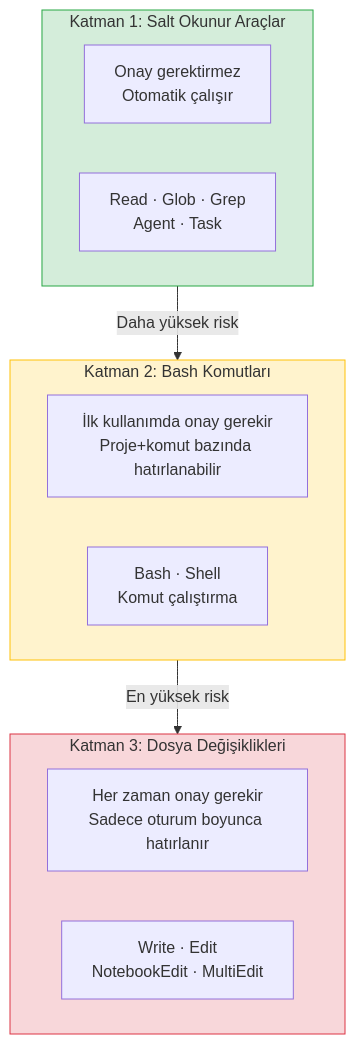
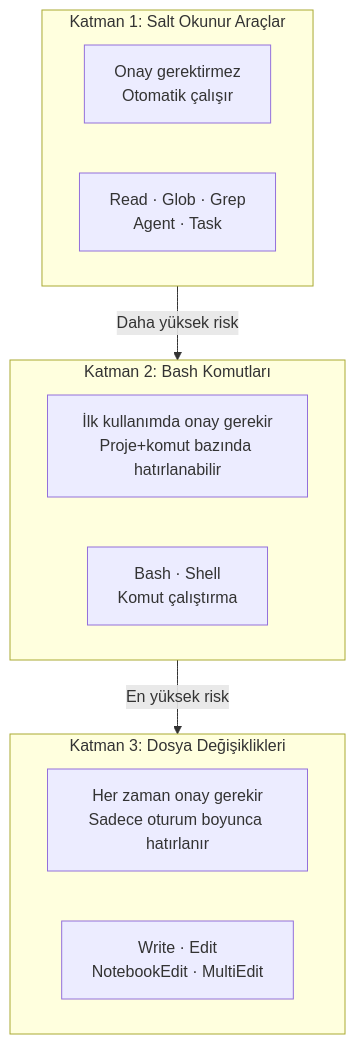
One commit to IzzetYasinAtes/ClaudeCodeHandbook changed the first of 2 diagrams in 10-izinler-ve-guvenlik/01-izin-sistemi.md. Above: the diagram before and after it, drawn with Mermaid. The commit also changed other lines of this file and 97 other files, not shown here.

Commit message:
Remove all custom Mermaid style/fill colors from 98 markdown files for consistent dark theme rendering

````diff
--- a/10-izinler-ve-guvenlik/01-izin-sistemi.md
+++ b/10-izinler-ve-guvenlik/01-izin-sistemi.md
@@ -18,27 +18,24 @@
 ```mermaid
 flowchart TB
     subgraph katman1 ["Katman 1: Salt Okunur Araçlar"]
         direction LR
         K1_DESC["Onay gerektirmez<br/>Otomatik çalışır"]
         K1_TOOLS["Read · Glob · Grep<br/>Agent · Task"]
     end
 
     subgraph katman2 ["Katman 2: Bash Komutları"]
         direction LR
         K2_DESC["İlk kullanımda onay gerekir<br/>Proje+komut bazında hatırlanabilir"]
         K2_TOOLS["Bash · Shell<br/>Komut çalıştırma"]
     end
 
     subgraph katman3 ["Katman 3: Dosya Değişiklikleri"]
         direction LR
         K3_DESC["Her zaman onay gerekir<br/>Sadece oturum boyunca hatırlanır"]
         K3_TOOLS["Write · Edit<br/>NotebookEdit · MultiEdit"]
     end
 
     katman1 -->|"Daha yüksek risk"| katman2
     katman2 -->|"En yüksek risk"| katman3
 
-    style katman1 fill:#d4edda,stroke:#28a745
-    style katman2 fill:#fff3cd,stroke:#ffc107
-    style katman3 fill:#f8d7da,stroke:#dc3545
 ```
````
